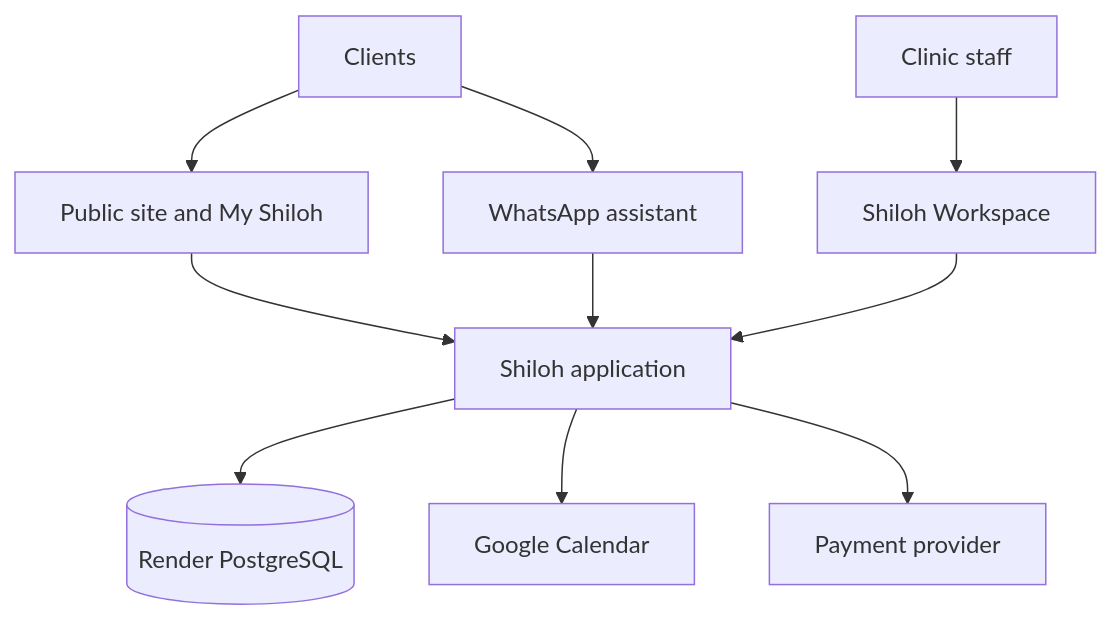
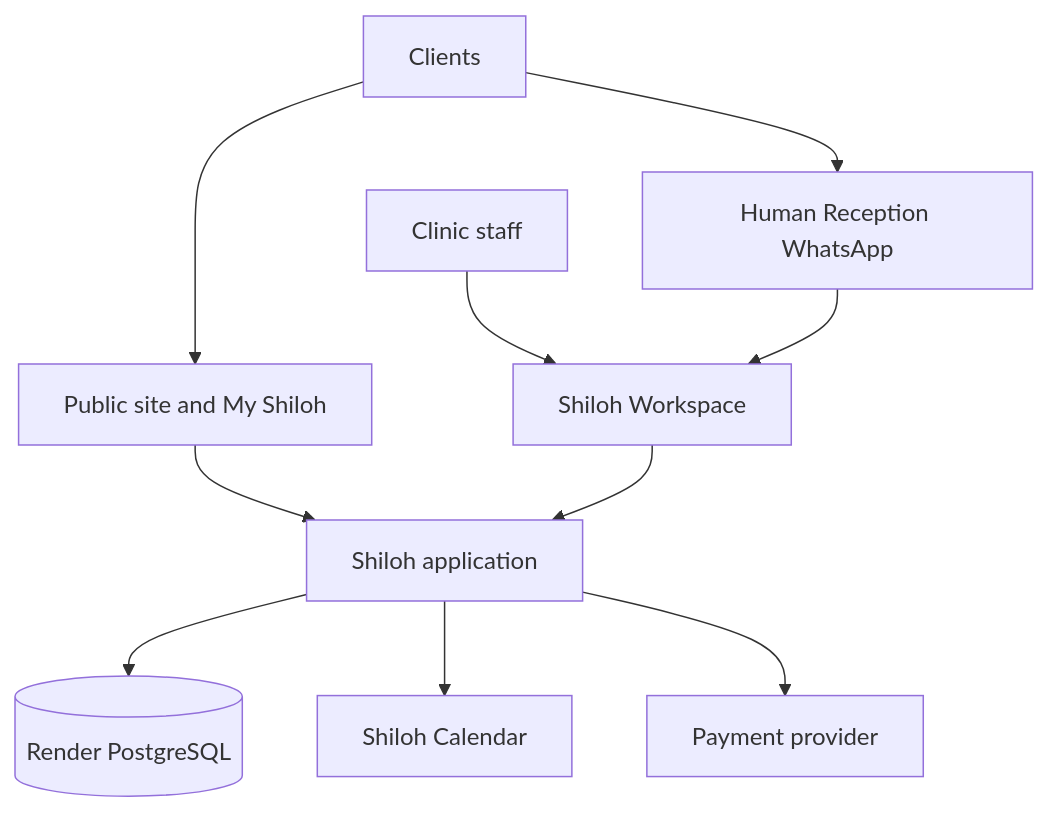
Before and after one commit to shilohmtc/Shiloh: the diagram in docs/SHILOH_PLATFORM_HANDBOOK.md, drawn with Mermaid. The commit also changed other lines of this file and 3 other files, not shown here.

````diff
--- a/docs/SHILOH_PLATFORM_HANDBOOK.md
+++ b/docs/SHILOH_PLATFORM_HANDBOOK.md
@@ -41,12 +41,12 @@
 ```mermaid
 flowchart TD
     Clients[Clients] --> Public[Public site and My Shiloh]
-    Clients --> WhatsApp[WhatsApp assistant]
+    Clients --> Reception[Human Reception WhatsApp]
     Staff[Clinic staff] --> Workspace[Shiloh Workspace]
     Public --> App[Shiloh application]
-    WhatsApp --> App
+    Reception --> Workspace
     Workspace --> App
     App --> DB[(Render PostgreSQL)]
-    App --> Calendar[Google Calendar]
+    App --> Calendar[Shiloh Calendar]
     App --> Payments[Payment provider]
 ```
````
